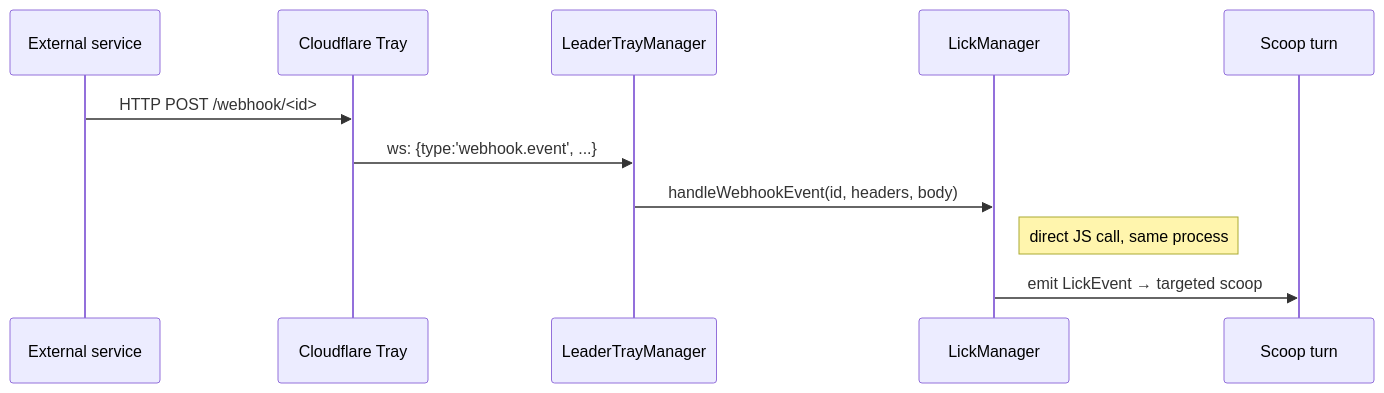
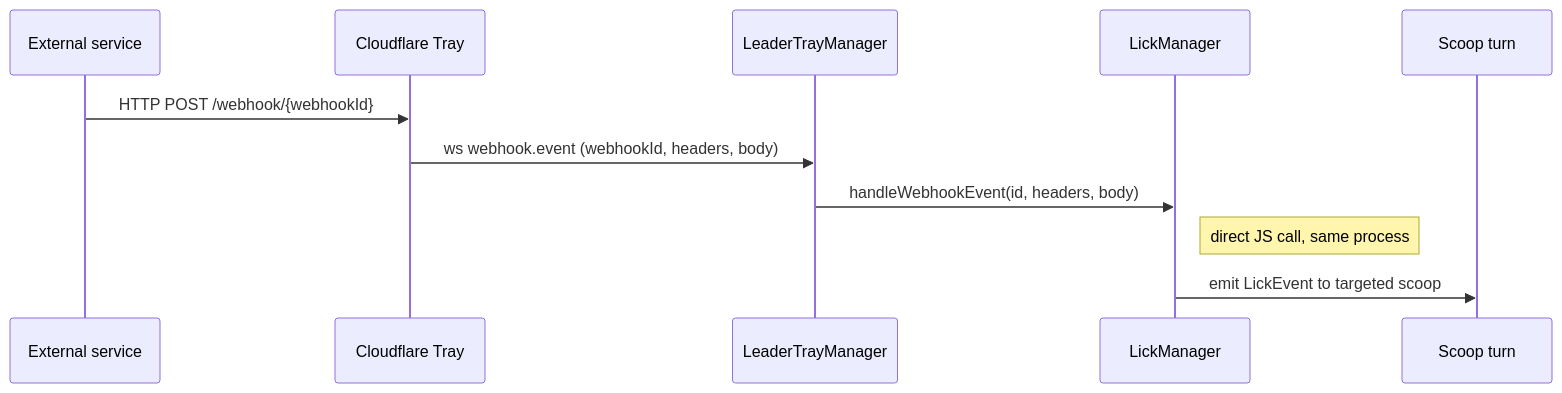
One commit to ai-ecoverse/slicc changed the second of 5 diagrams in docs/superpowers/specs/2026-05-17-multi-browser-sync-page-side-restoration.md. Above: the diagram before and after it, drawn with Mermaid.

Commit message:
docs(spec): fix Mermaid render — escape <id> + remove non-ASCII arrow
<id> parses as HTML tag in Mermaid sequence diagrams. {webhookId}
renders cleanly. Same fix already applied in wiki.

````diff
--- a/docs/superpowers/specs/2026-05-17-multi-browser-sync-page-side-restoration.md
+++ b/docs/superpowers/specs/2026-05-17-multi-browser-sync-page-side-restoration.md
@@ -66,14 +66,14 @@
 ```mermaid
 sequenceDiagram
     participant Ext as External service
     participant Tray as Cloudflare Tray
     participant LTM as LeaderTrayManager
     participant Lick as LickManager
     participant Scoop as Scoop turn
 
-    Ext->>Tray: HTTP POST /webhook/<id>
-    Tray->>LTM: ws: {type:'webhook.event', ...}
+    Ext->>Tray: HTTP POST /webhook/{webhookId}
+    Tray->>LTM: ws webhook.event (webhookId, headers, body)
     LTM->>Lick: handleWebhookEvent(id, headers, body)
     Note right of Lick: direct JS call, same process
-    Lick->>Scoop: emit LickEvent → targeted scoop
+    Lick->>Scoop: emit LickEvent to targeted scoop
 ```
````
